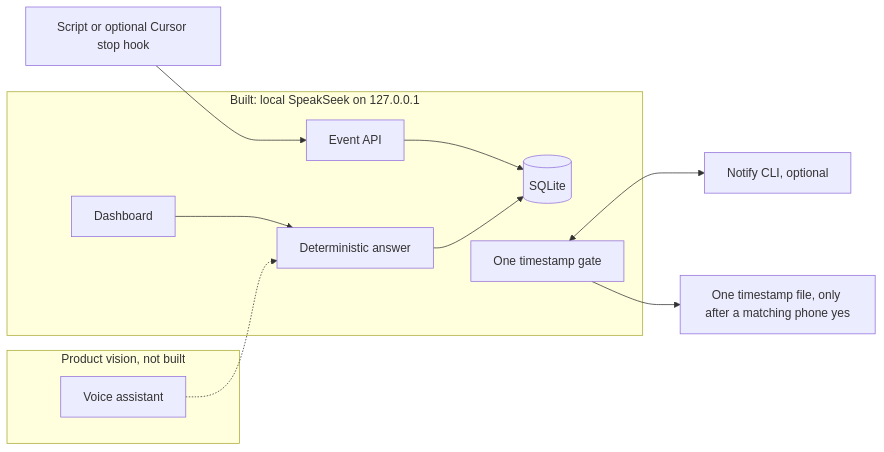
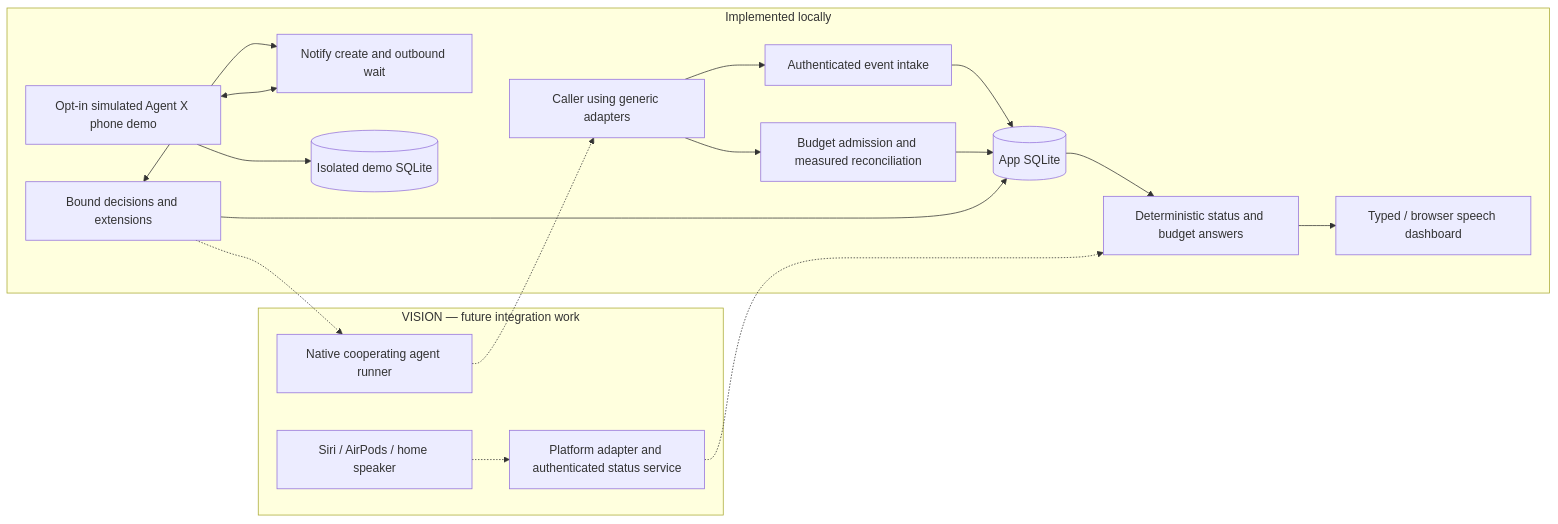
One commit to Studyd-tech/speakSeek changed the diagram in README.md. Above: the diagram before and after it, drawn with Mermaid. The commit also changed other lines of this file and 24 other files, not shown here.

First line of the commit message:
Add per-task token budgets and an isolated phone demo.

````diff
--- a/README.md
+++ b/README.md
@@ -89,18 +104,22 @@
 ```mermaid
 flowchart LR
-  subgraph Vision["Product vision, not built"]
-    GA["Voice assistant"]
+  subgraph Future["VISION — future integration work"]
+    Voice["Siri / AirPods / home speaker"] -.-> Bridge["Platform adapter and authenticated status service"]
+    Runner["Native cooperating agent runner"]
   end
-  subgraph Built["Built: local SpeakSeek on 127.0.0.1"]
-    API["Event API"]
-    DB[("SQLite")]
-    ANS["Deterministic answer"]
-    UI["Dashboard"]
-    GATE["One timestamp gate"]
+  subgraph Local["Implemented locally"]
+    Caller["Caller using generic adapters"] --> Events["Authenticated event intake"]
+    Caller --> Gate["Budget admission and measured reconciliation"]
+    Events --> DB[("App SQLite")]
+    Gate --> DB
+    DB --> Answer["Deterministic status and budget answers"]
+    Answer --> UI["Typed / browser speech dashboard"]
+    Decision["Bound decisions and extensions"] <--> Notify["Notify create and outbound wait"]
+    Decision --> DB
+    Demo["Opt-in simulated Agent X phone demo"] <--> Notify
+    Demo --> DemoDB[("Isolated demo SQLite")]
   end
-  AG["Script or optional Cursor stop hook"] --> API --> DB
-  UI --> ANS --> DB
-  GA -.-> ANS
-  GATE <--> N["Notify CLI, optional"]
-  GATE --> F["One timestamp file, only after a matching phone yes"]
+  Bridge -.-> Answer
+  Runner -.-> Caller
+  Decision -.-> Runner
 ```
````
